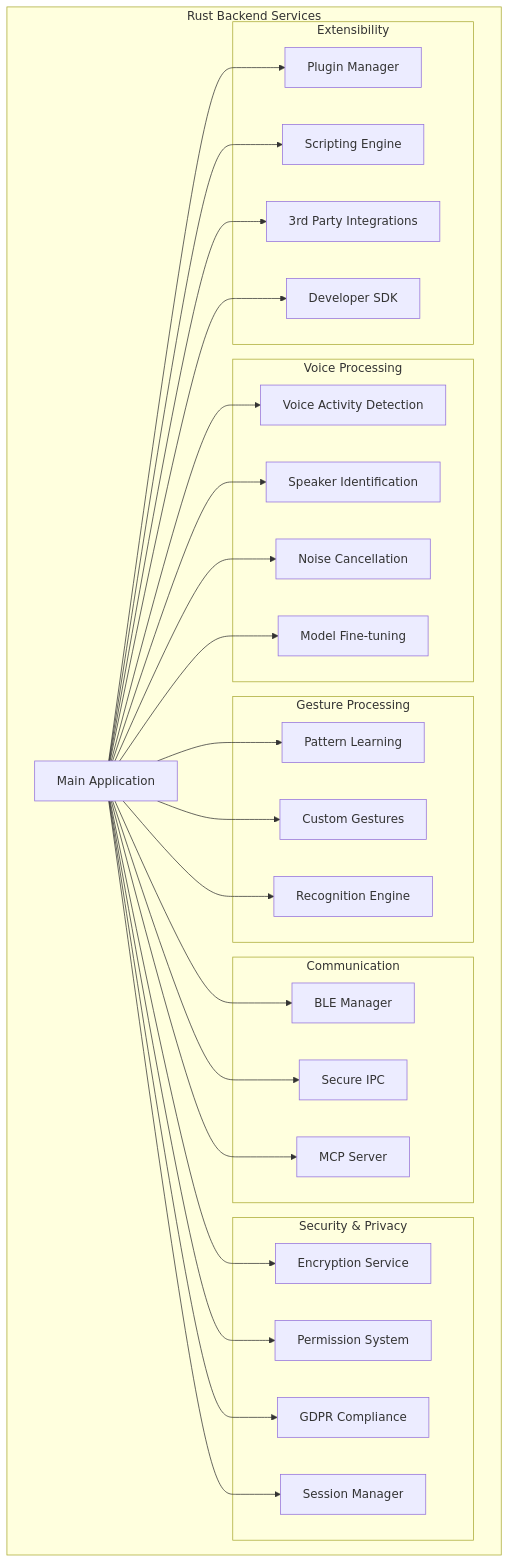
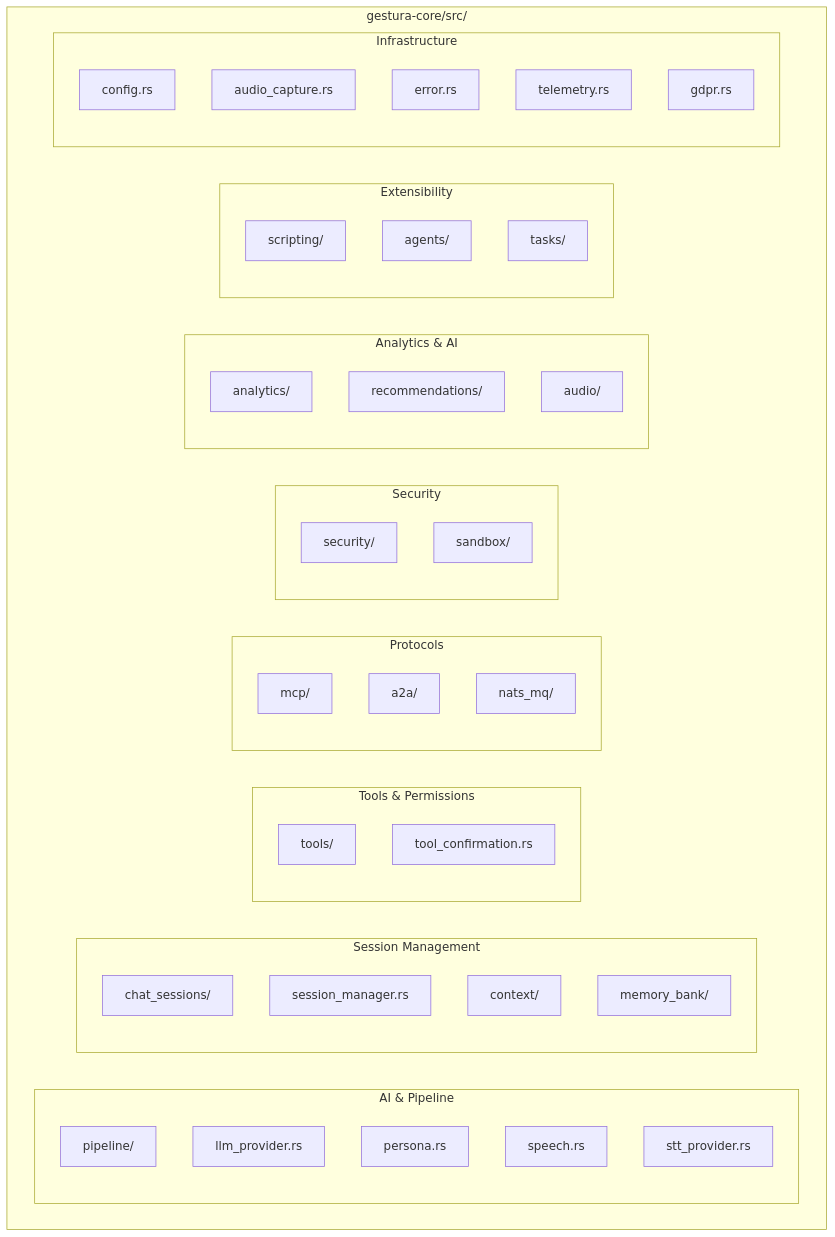
The second of 8 diagrams in docs/ARCHITECTURE.md (gestura-ai/gestura-app), drawn with Mermaid before and after one commit. The commit also changed other lines of this file and 67 other files, not shown here.

````diff
--- a/docs/ARCHITECTURE.md
+++ b/docs/ARCHITECTURE.md
@@ -121,62 +118,55 @@
 ```mermaid
 graph TB
-    subgraph "Rust Backend Services"
-        MAIN[Main Application]
-        
-        subgraph "Voice Processing"
-            VAD[Voice Activity Detection]
-            SPEAKER[Speaker Identification]
-            NOISE[Noise Cancellation]
-            TUNING[Model Fine-tuning]
+    subgraph "gestura-core/src/"
+        subgraph "AI & Pipeline"
+            pipeline[pipeline/]
+            llm_provider[llm_provider.rs]
+            persona[persona.rs]
+            speech[speech.rs]
+            stt_provider[stt_provider.rs]
         end
-        
-        subgraph "Gesture Processing"
-            PATTERN_LEARN[Pattern Learning]
-            CUSTOM_GEST[Custom Gestures]
-            RECOGNITION[Recognition Engine]
+
+        subgraph "Session Management"
+            chat_sessions[chat_sessions/]
+            session_manager[session_manager.rs]
+            context[context/]
+            memory_bank[memory_bank/]
         end
-        
-        subgraph "Communication"
-            BLE[BLE Manager]
-            IPC_SEC[Secure IPC]
-            MCP_SRV[MCP Server]
+
+        subgraph "Tools & Permissions"
+            tools[tools/]
+            tool_confirmation[tool_confirmation.rs]
         end
-        
-        subgraph "Security & Privacy"
-            ENCRYPT_SRV[Encryption Service]
-            PERM[Permission System]
-            GDPR[GDPR Compliance]
-            SESSION[Session Manager]
+
+        subgraph "Protocols"
+            mcp[mcp/]
+            a2a[a2a/]
+            nats_mq[nats_mq/]
         end
-        
+
+        subgraph "Security"
+            security[security/]
+            sandbox[sandbox/]
+        end
+
+        subgraph "Analytics & AI"
+            analytics[analytics/]
+            recommendations[recommendations/]
+            audio[audio/]
+        end
+
         subgraph "Extensibility"
-            PLUGIN_MGR[Plugin Manager]
-            SCRIPT_ENG[Scripting Engine]
-            THIRD_PARTY[3rd Party Integrations]
-            DEV_SDK[Developer SDK]
+            scripting[scripting/]
+            agents[agents/]
+            tasks[tasks/]
+        end
+
+        subgraph "Infrastructure"
+            config[config.rs]
+            audio_capture[audio_capture.rs]
+            error[error.rs]
+            telemetry[telemetry.rs]
+            gdpr[gdpr.rs]
         end
     end
-    
-    MAIN --> VAD
-    MAIN --> SPEAKER
-    MAIN --> NOISE
-    MAIN --> TUNING
-    
-    MAIN --> PATTERN_LEARN
-    MAIN --> CUSTOM_GEST
-    MAIN --> RECOGNITION
-    
-    MAIN --> BLE
-    MAIN --> IPC_SEC
-    MAIN --> MCP_SRV
-    
-    MAIN --> ENCRYPT_SRV
-    MAIN --> PERM
-    MAIN --> GDPR
-    MAIN --> SESSION
-    
-    MAIN --> PLUGIN_MGR
-    MAIN --> SCRIPT_ENG
-    MAIN --> THIRD_PARTY
-    MAIN --> DEV_SDK
 ```
````
